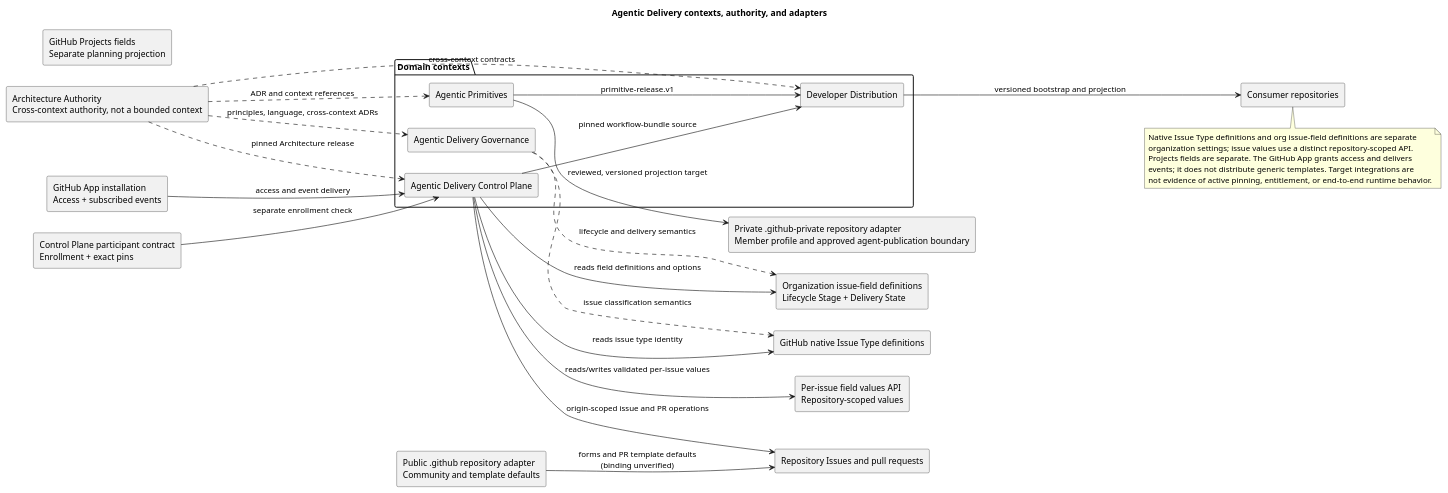
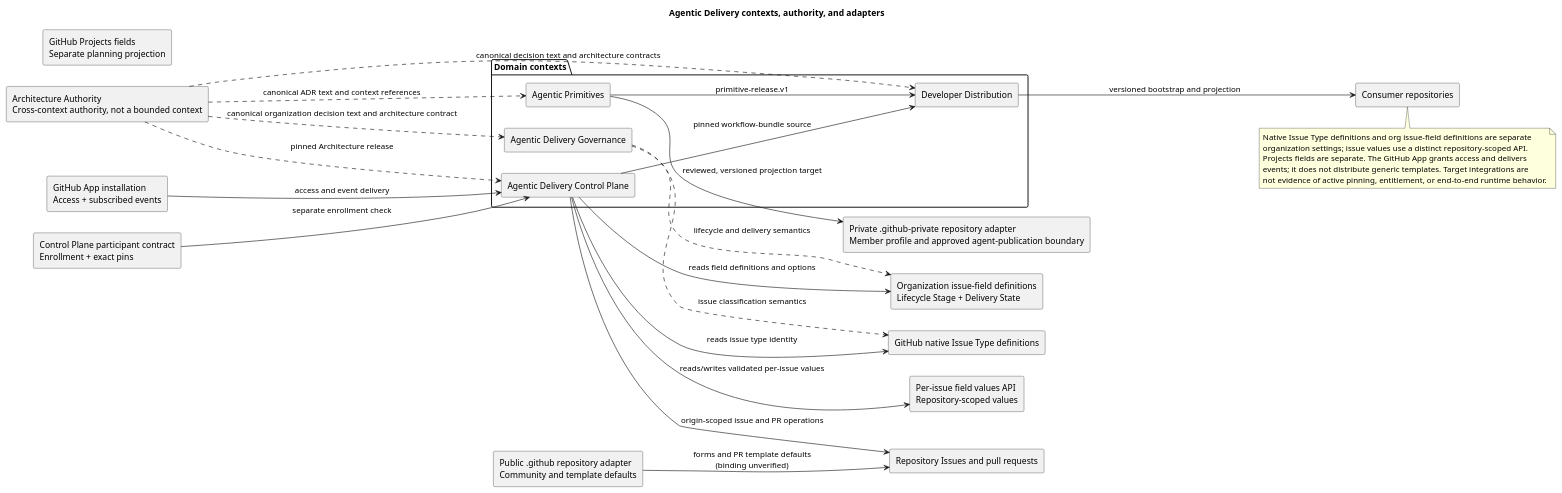
Before and after one commit to agentic-delivery-lab/agentic-delivery-architecture: the diagram in architecture/diagrams/plantuml/bounded-contexts.puml, drawn with PlantUML. The commit also changed 53 other files, not shown here.

Commit message:
docs(architecture): 🏛️ centralize canonical decision text

```diff
--- a/architecture/diagrams/plantuml/bounded-contexts.puml
+++ b/architecture/diagrams/plantuml/bounded-contexts.puml
@@ -1,48 +1,48 @@
 @startuml
 title Agentic Delivery contexts, authority, and adapters
 left to right direction
 package "Domain contexts" {
   rectangle "Agentic Delivery Governance" as governance
   rectangle "Agentic Delivery Control Plane" as control
   rectangle "Agentic Primitives" as primitives
   rectangle "Developer Distribution" as distribution
 }
 rectangle "Architecture Authority\nCross-context authority, not a bounded context" as architecture
 rectangle "Public .github repository adapter\nCommunity and template defaults" as public
 rectangle "Private .github-private repository adapter\nMember profile and approved agent-publication boundary" as private
 rectangle "GitHub native Issue Type definitions" as nativeTypes
 rectangle "Organization issue-field definitions\nLifecycle Stage + Delivery State" as fieldDefinitions
 rectangle "GitHub Projects fields\nSeparate planning projection" as projects
 rectangle "GitHub App installation\nAccess + subscribed events" as app
 rectangle "Repository Issues and pull requests" as work
 rectangle "Per-issue field values API\nRepository-scoped values" as fieldValues
 rectangle "Control Plane participant contract\nEnrollment + exact pins" as participants
 rectangle "Consumer repositories" as consumers
 
-architecture ..> governance : principles, language, cross-context ADRs
+architecture ..> governance : canonical organization decision text and architecture contract
 architecture ..> control : pinned Architecture release
-architecture ..> primitives : ADR and context references
-architecture ..> distribution : cross-context contracts
+architecture ..> primitives : canonical ADR text and context references
+architecture ..> distribution : canonical decision text and architecture contracts
 app --> control : access and event delivery
 participants --> control : separate enrollment check
 control --> nativeTypes : reads issue type identity
 control --> fieldDefinitions : reads field definitions and options
 control --> fieldValues : reads/writes validated per-issue values
 control --> work : origin-scoped issue and PR operations
 governance ..> nativeTypes : issue classification semantics
 governance ..> fieldDefinitions : lifecycle and delivery semantics
 public --> work : forms and PR template defaults\n(binding unverified)
 primitives --> private : reviewed, versioned projection target
 primitives --> distribution : primitive-release.v1
 control --> distribution : pinned workflow-bundle source
 distribution --> consumers : versioned bootstrap and projection
 
 note bottom
   Native Issue Type definitions and org issue-field definitions are separate
   organization settings; issue values use a distinct repository-scoped API.
   Projects fields are separate. The GitHub App grants access and delivers
   events; it does not distribute generic templates. Target integrations are
   not evidence of active pinning, entitlement, or end-to-end runtime behavior.
 end note
 
 @enduml
```
